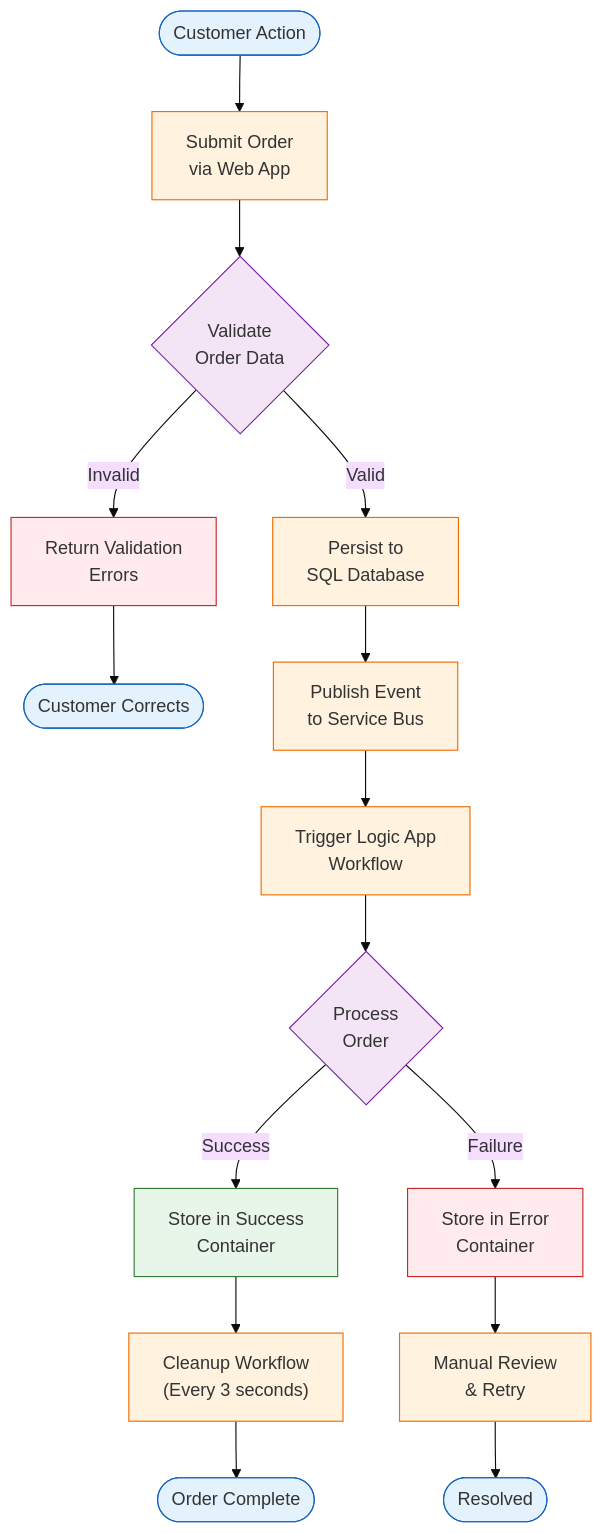
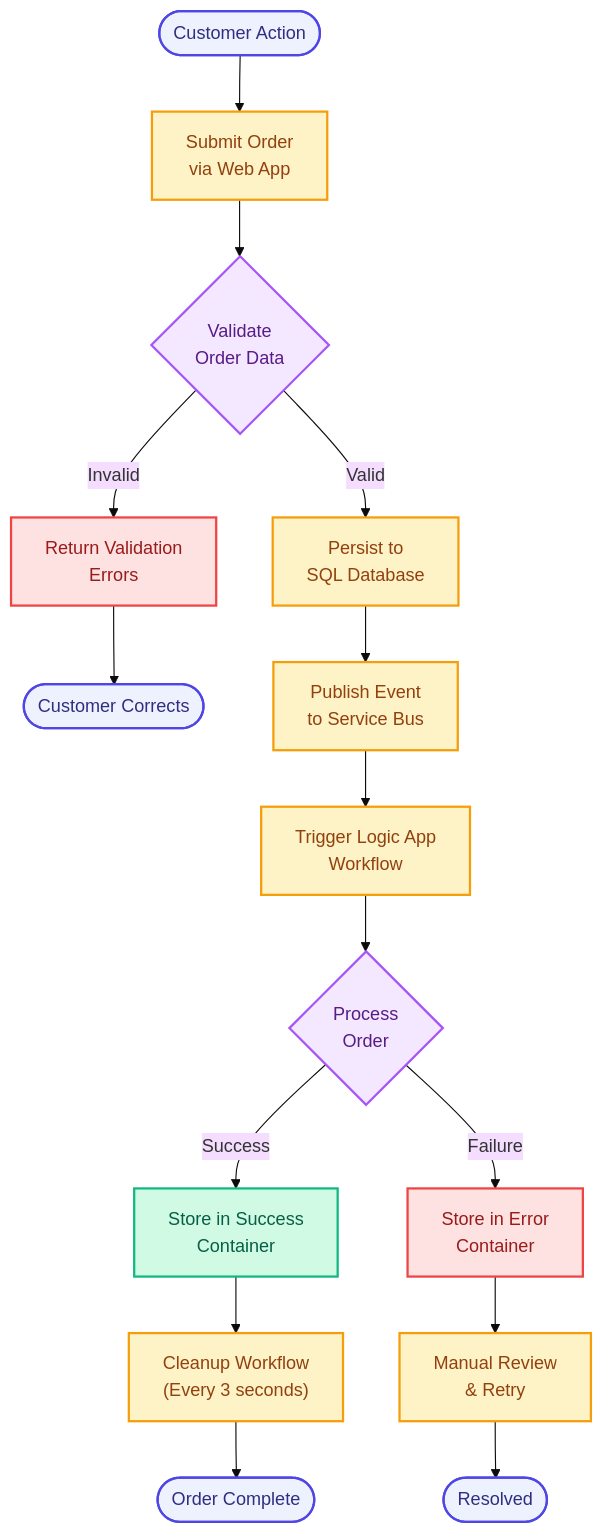
Before and after one commit to Evilazaro/Azure-LogicApps-Monitoring: the fourth of 4 diagrams in docs/architecture/01-business-architecture.md, drawn with Mermaid (base theme). The commit also changed other lines of this file and 4 other files, not shown here.

Commit message:
feat(docs): Enhance architecture documentation with detailed diagrams and modern color palette

````diff
--- a/docs/architecture/01-business-architecture.md
+++ b/docs/architecture/01-business-architecture.md
@@ -227,34 +235,40 @@
 ```mermaid
 flowchart TD
+    %% Order Lifecycle Process - Complete order processing flow with error handling
     Start([Customer Action]) --> Submit["Submit Order<br/>via Web App"]
     Submit --> Validate{"Validate<br/>Order Data"}
 
+    %% Validation branch
     Validate -->|Invalid| Reject["Return Validation<br/>Errors"]
     Reject --> End1([Customer Corrects])
 
+    %% Happy path
     Validate -->|Valid| Persist["Persist to<br/>SQL Database"]
     Persist --> Publish["Publish Event<br/>to Service Bus"]
     Publish --> Trigger["Trigger Logic App<br/>Workflow"]
 
+    %% Processing outcomes
     Trigger --> Process{"Process<br/>Order"}
     Process -->|Success| StoreSuccess["Store in Success<br/>Container"]
     Process -->|Failure| StoreError["Store in Error<br/>Container"]
 
+    %% Post-processing
     StoreSuccess --> Cleanup["Cleanup Workflow<br/>(Every 3 seconds)"]
     Cleanup --> End2([Order Complete])
 
     StoreError --> Retry["Manual Review<br/>& Retry"]
     Retry --> End3([Resolved])
 
-    classDef start fill:#e3f2fd,stroke:#1565c0
-    classDef process fill:#fff3e0,stroke:#ef6c00
-    classDef decision fill:#f3e5f5,stroke:#7b1fa2
-    classDef success fill:#e8f5e9,stroke:#2e7d32
-    classDef error fill:#ffebee,stroke:#c62828
+    %% Modern color palette - WCAG AA compliant
+    classDef start fill:#EEF2FF,stroke:#4F46E5,stroke-width:2px,color:#312E81
+    classDef process fill:#FEF3C7,stroke:#F59E0B,stroke-width:2px,color:#92400E
+    classDef decision fill:#F3E8FF,stroke:#A855F7,stroke-width:2px,color:#581C87
+    classDef success fill:#D1FAE5,stroke:#10B981,stroke-width:2px,color:#065F46
+    classDef error fill:#FEE2E2,stroke:#EF4444,stroke-width:2px,color:#991B1B
 
     class Start,End1,End2,End3 start
     class Submit,Persist,Publish,Trigger,Cleanup,Retry process
     class Validate,Process decision
     class StoreSuccess success
     class Reject,StoreError error
 ```
````
